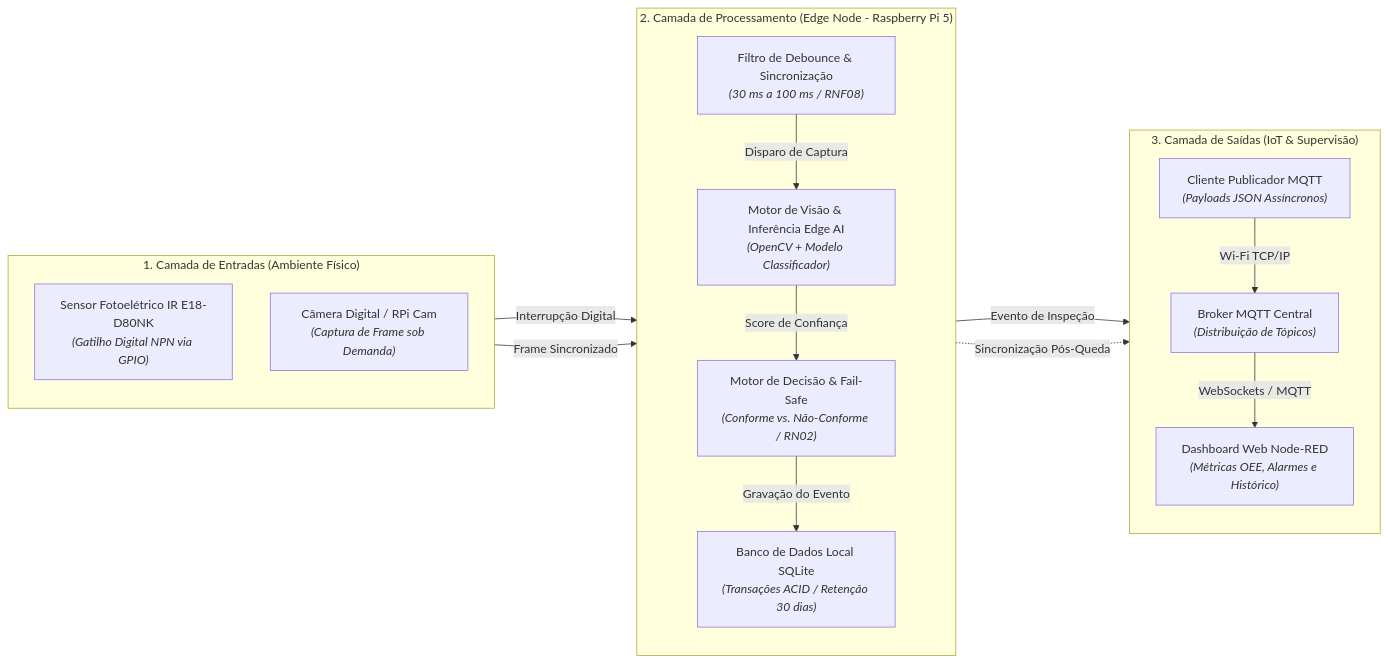
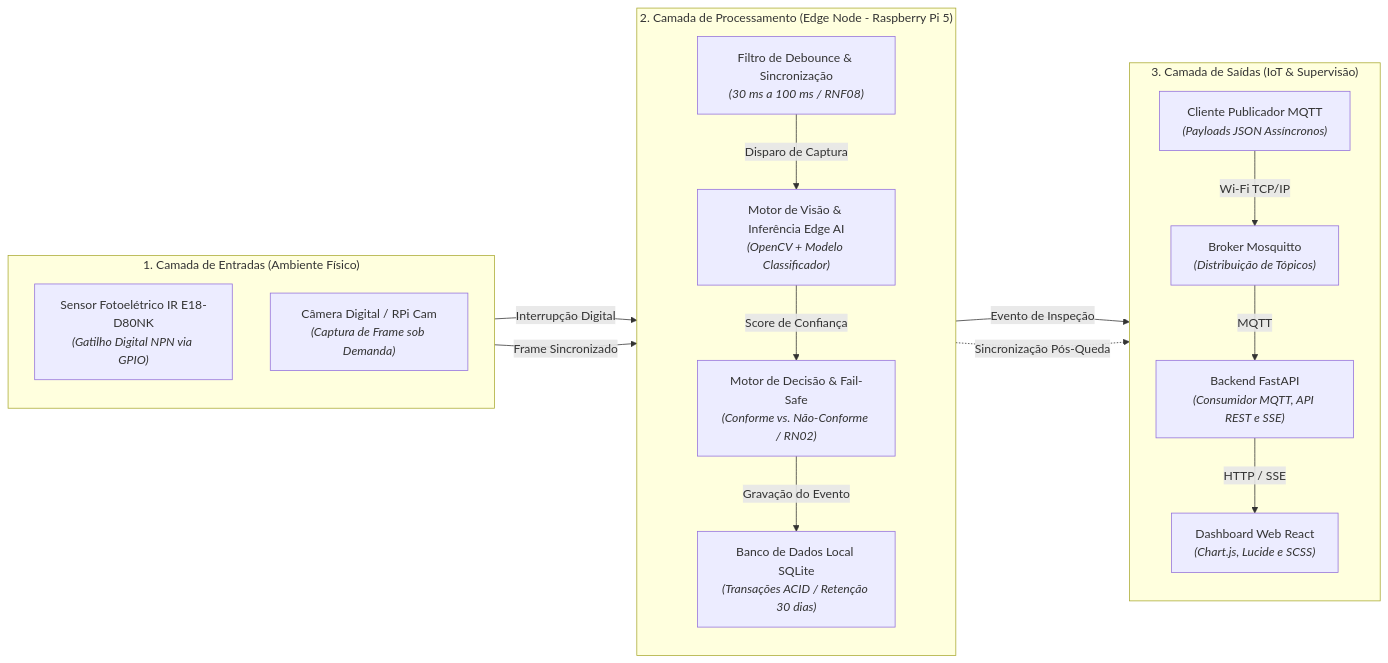
One commit to eldrayan/Vigi-TCCPNAAT changed the diagram in docs/arquitetura/diagrama-arquitetural.md. Above: the diagram before and after it, drawn with Mermaid. The commit also changed other lines of this file and 5 other files, not shown here.

Commit message:
docs: alinha arquitetura à stack MQTT, FastAPI e React

````diff
--- a/docs/arquitetura/diagrama-arquitetural.md
+++ b/docs/arquitetura/diagrama-arquitetural.md
@@ -42,35 +42,37 @@
 ```mermaid
 flowchart LR
     subgraph ENTRADAS["1. Camada de Entradas (Ambiente Físico)"]
         direction TB
         S1["Sensor Fotoelétrico IR E18-D80NK<br/><i>(Gatilho Digital NPN via GPIO)</i>"]
         S2["Câmera Digital / RPi Cam<br/><i>(Captura de Frame sob Demanda)</i>"]
     end
 
     subgraph PROCESSAMENTO["2. Camada de Processamento (Edge Node - Raspberry Pi 5)"]
         direction TB
         P1["Filtro de Debounce & Sincronização<br/><i>(30 ms a 100 ms / RNF08)</i>"]
         P2["Motor de Visão & Inferência Edge AI<br/><i>(OpenCV + Modelo Classificador)</i>"]
         P3["Motor de Decisão & Fail-Safe<br/><i>(Conforme vs. Não-Conforme / RN02)</i>"]
         P4["Banco de Dados Local SQLite<br/><i>(Transações ACID / Retenção 30 dias)</i>"]
         
         P1 -->|Disparo de Captura| P2
         P2 -->|Score de Confiança| P3
         P3 -->|Gravação do Evento| P4
     end
 
     subgraph SAIDAS["3. Camada de Saídas (IoT & Supervisão)"]
         direction TB
         O1["Cliente Publicador MQTT<br/><i>(Payloads JSON Assíncronos)</i>"]
-        O2["Broker MQTT Central<br/><i>(Distribuição de Tópicos)</i>"]
-        O3["Dashboard Web Node-RED<br/><i>(Métricas OEE, Alarmes e Histórico)</i>"]
+        O2["Broker Mosquitto<br/><i>(Distribuição de Tópicos)</i>"]
+        O3["Backend FastAPI<br/><i>(Consumidor MQTT, API REST e SSE)</i>"]
+        O4["Dashboard Web React<br/><i>(Chart.js, Lucide e SCSS)</i>"]
         
         O1 -->|Wi-Fi TCP/IP| O2
-        O2 -->|WebSockets / MQTT| O3
+        O2 -->|MQTT| O3
+        O3 -->|HTTP / SSE| O4
     end
 
     S1 -->|Interrupção Digital| P1
     S2 -->|Frame Sincronizado| P2
     P3 -->|Evento de Inspeção| O1
     P4 -.->|Sincronização Pós-Queda| O1
 ```
````
